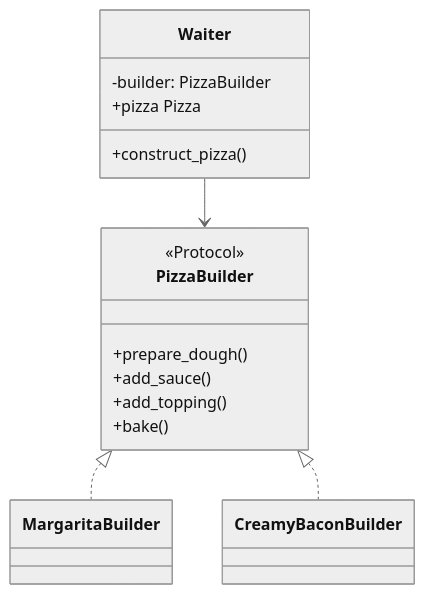
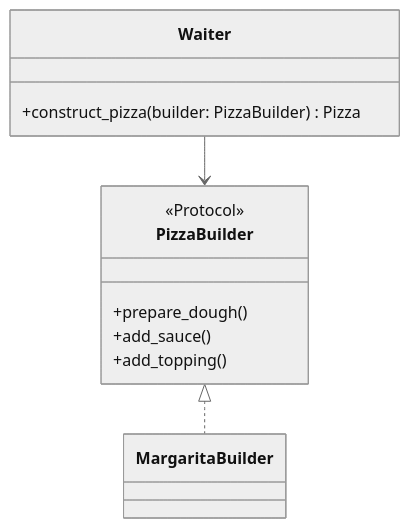
The diagram in python-design-patterns/creational/builder.md (SanjayR857/All-in-One-Notes), drawn with Mermaid (neutral theme) before and after one commit. The commit also changed other lines of this file and 40 other files, not shown here.

````diff
--- a/python-design-patterns/creational/builder.md
+++ b/python-design-patterns/creational/builder.md
@@ -25,20 +34,15 @@
 ```mermaid
 classDiagram
     class Waiter {
-        -builder: PizzaBuilder
-        +construct_pizza()
-        +pizza Pizza
+        +construct_pizza(builder: PizzaBuilder) Pizza
     }
     class PizzaBuilder {
         <<Protocol>>
         +prepare_dough()
         +add_sauce()
         +add_topping()
-        +bake()
     }
     class MargaritaBuilder
-    class CreamyBaconBuilder
     Waiter --> PizzaBuilder
     PizzaBuilder <|.. MargaritaBuilder
-    PizzaBuilder <|.. CreamyBaconBuilder
 ```
````
